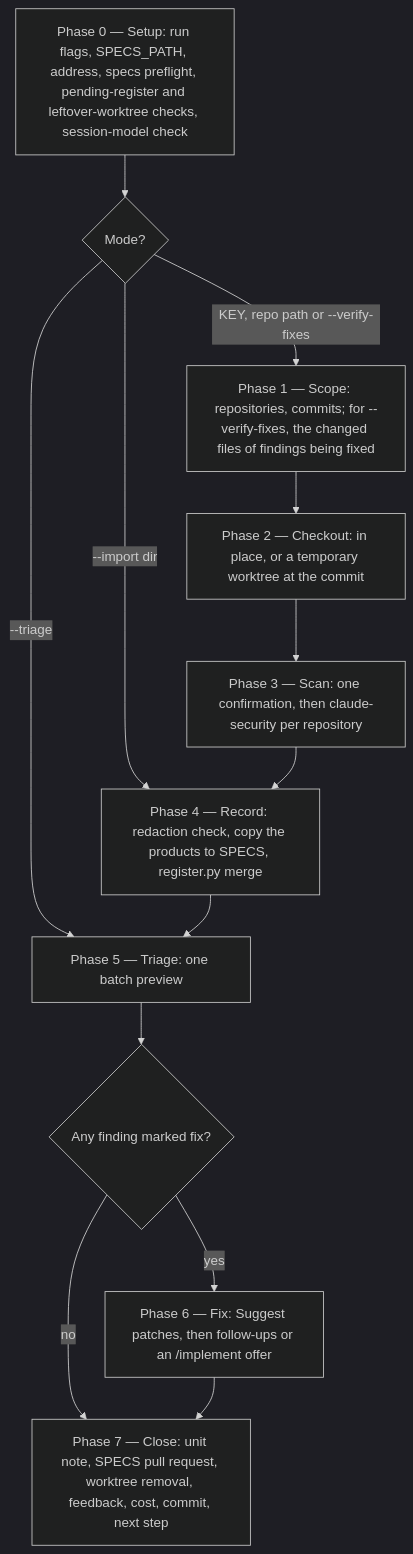
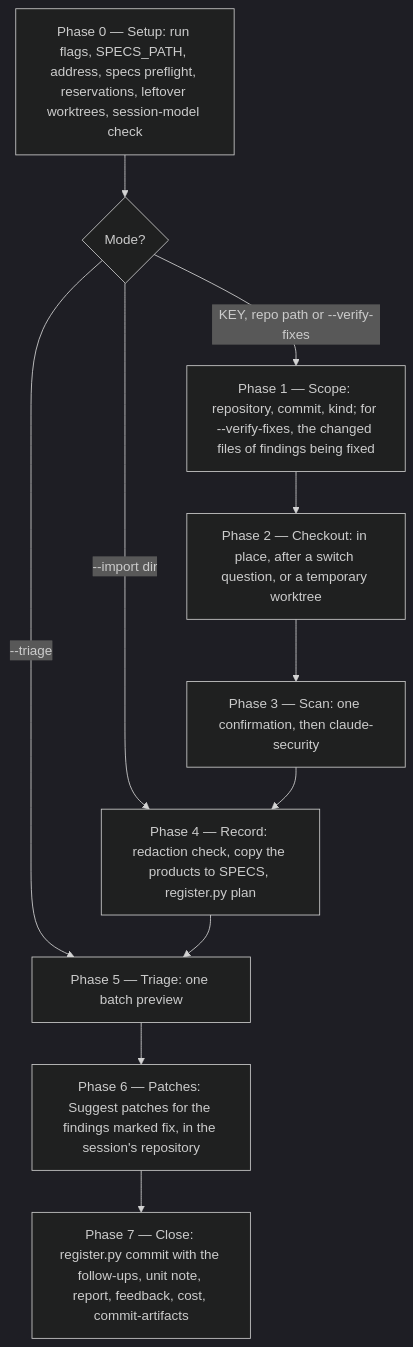
Before and after one commit to ihudak/ai-workflows: the first of 2 diagrams in docs/superpowers/specs/2026-10-15-security-workflows-scan-design.md, drawn with Mermaid (dark theme). The commit also changed other lines of this file and 1 other file, not shown here.

First line of the commit message:
docs(spec,plan): security-workflows — scan before the merge, a Dev never blocked, the register as bookkeeping

````diff
--- a/docs/superpowers/specs/2026-10-15-security-workflows-scan-design.md
+++ b/docs/superpowers/specs/2026-10-15-security-workflows-scan-design.md
@@ -169,15 +206,13 @@
 ```mermaid
 flowchart TD
-    p0["Phase 0 — Setup: run flags, SPECS_PATH, address, specs preflight, pending-register and leftover-worktree checks, session-model check"] --> mode{"Mode?"}
-    mode -->|"KEY, repo path or --verify-fixes"| p1["Phase 1 — Scope: repositories, commits; for --verify-fixes, the changed files of findings being fixed"]
+    p0["Phase 0 — Setup: run flags, SPECS_PATH, address, specs preflight, reservations, leftover worktrees, session-model check"] --> mode{"Mode?"}
+    mode -->|"KEY, repo path or --verify-fixes"| p1["Phase 1 — Scope: repository, commit, kind; for --verify-fixes, the changed files of findings being fixed"]
     mode -->|"--import dir"| p4
     mode -->|"--triage"| p5
-    p1 --> p2["Phase 2 — Checkout: in place, or a temporary worktree at the commit"]
-    p2 --> p3["Phase 3 — Scan: one confirmation, then claude-security per repository"]
-    p3 --> p4["Phase 4 — Record: redaction check, copy the products to SPECS, register.py merge"]
+    p1 --> p2["Phase 2 — Checkout: in place, after a switch question, or a temporary worktree"]
+    p2 --> p3["Phase 3 — Scan: one confirmation, then claude-security"]
+    p3 --> p4["Phase 4 — Record: redaction check, copy the products to SPECS, register.py plan"]
     p4 --> p5["Phase 5 — Triage: one batch preview"]
-    p5 --> fixq{"Any finding marked fix?"}
-    fixq -->|"yes"| p6["Phase 6 — Fix: Suggest patches, then follow-ups or an /implement offer"]
-    fixq -->|"no"| p7
-    p6 --> p7["Phase 7 — Close: unit note, SPECS pull request, worktree removal, feedback, cost, commit, next step"]
+    p5 --> p6["Phase 6 — Patches: Suggest patches for the findings marked fix, in the session's repository"]
+    p6 --> p7["Phase 7 — Close: register.py commit with the follow-ups, unit note, report, feedback, cost, commit-artifacts"]
 ```
````
